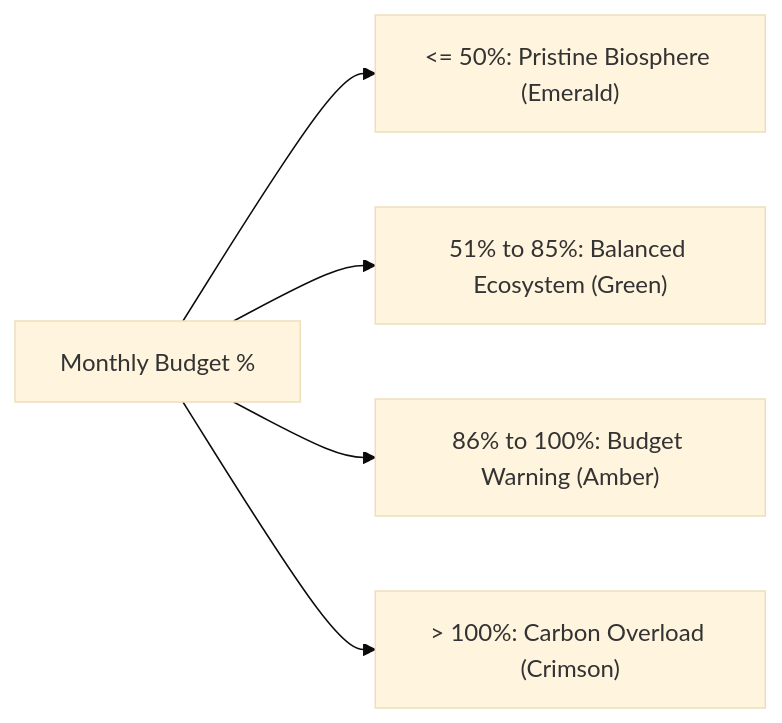
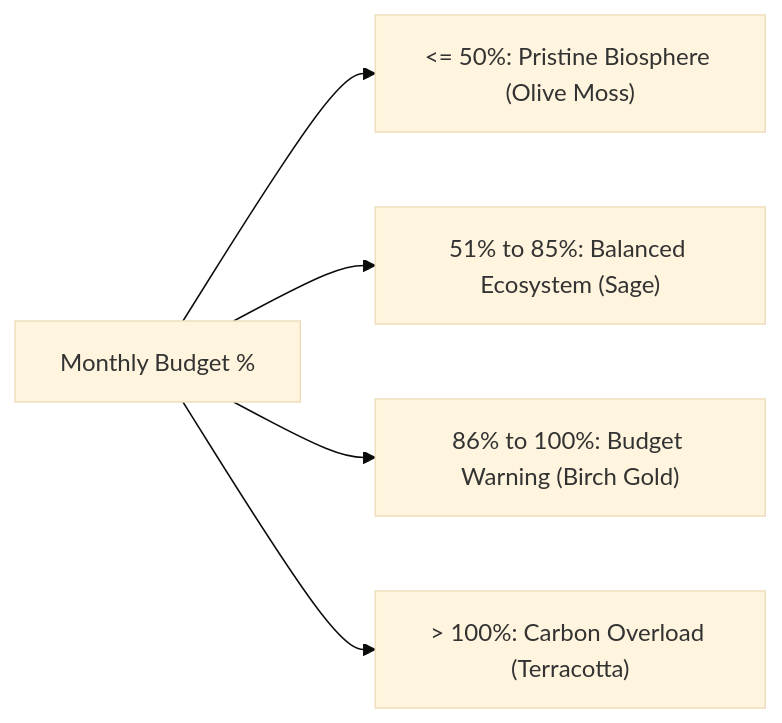
The seventh of 8 diagrams in README.md (parthibcpana/IDAI102-1000544-PARTH-PARVINBHAI-GAJERA-SA), drawn with Mermaid (base theme) before and after one commit. The commit also changed other lines of this file and 15 other files, not shown here.

````diff
--- a/README.md
+++ b/README.md
@@ -353,7 +353,7 @@
   ```mermaid
   flowchart LR
-      P["Monthly Budget %"] --> S1["<= 50%: Pristine Biosphere (Emerald)"]
-      P --> S2["51% to 85%: Balanced Ecosystem (Green)"]
-      P --> S3["86% to 100%: Budget Warning (Amber)"]
-      P --> S4["> 100%: Carbon Overload (Crimson)"]
+      P["Monthly Budget %"] --> S1["<= 50%: Pristine Biosphere (Olive Moss)"]
+      P --> S2["51% to 85%: Balanced Ecosystem (Sage)"]
+      P --> S3["86% to 100%: Budget Warning (Birch Gold)"]
+      P --> S4["> 100%: Carbon Overload (Terracotta)"]
   ```
````
